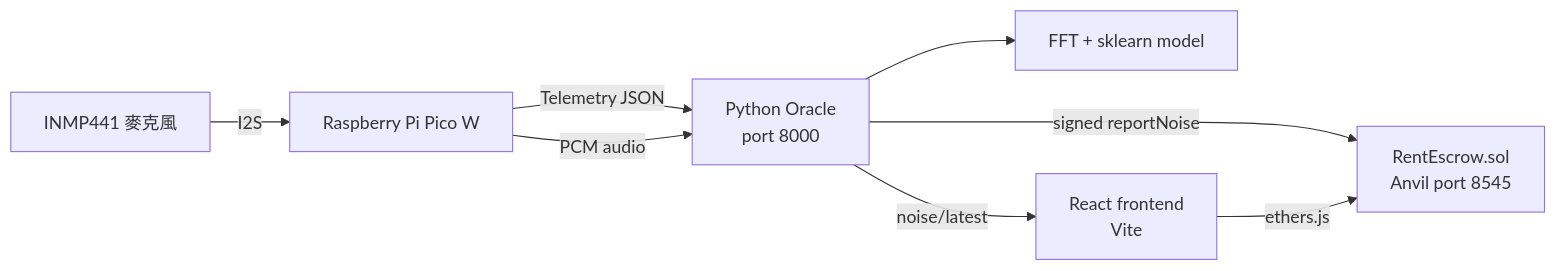
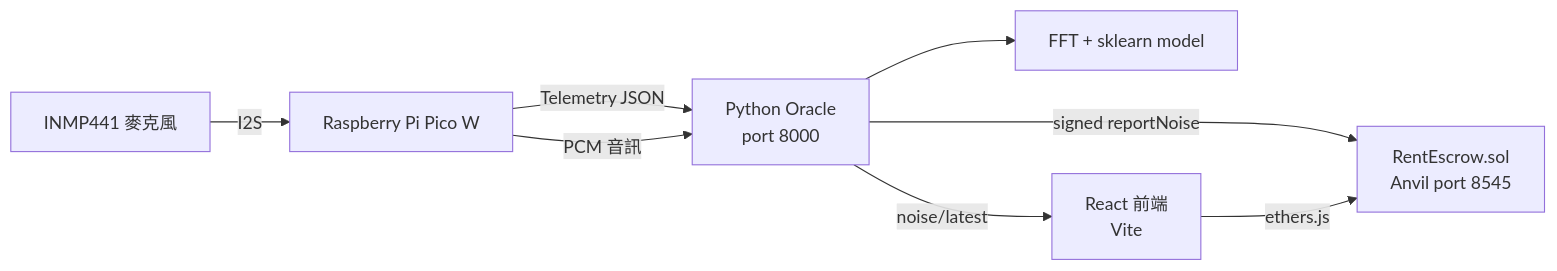
Before and after one commit to reacher-dev/blockchainProject: the diagram in README.md, drawn with Mermaid. The commit also changed other lines of this file, not shown here.

````diff
--- a/README.md
+++ b/README.md
@@ -24,17 +13,16 @@
 ```mermaid
 flowchart LR
     Mic["INMP441 麥克風"]
     Pico["Raspberry Pi Pico W"]
     Oracle["Python Oracle<br/>port 8000"]
     FFT["FFT + sklearn model"]
     Contract["RentEscrow.sol<br/>Anvil port 8545"]
-    Frontend["React frontend<br/>Vite"]
-
+    Frontend["React 前端<br/>Vite"]
     Mic -->|I2S| Pico
     Pico -->|Telemetry JSON| Oracle
-    Pico -->|PCM audio| Oracle
+    Pico -->|PCM 音訊| Oracle
     Oracle --> FFT
     Oracle -->|noise/latest| Frontend
     Oracle -->|signed reportNoise| Contract
     Frontend -->|ethers.js| Contract
 ```
````
